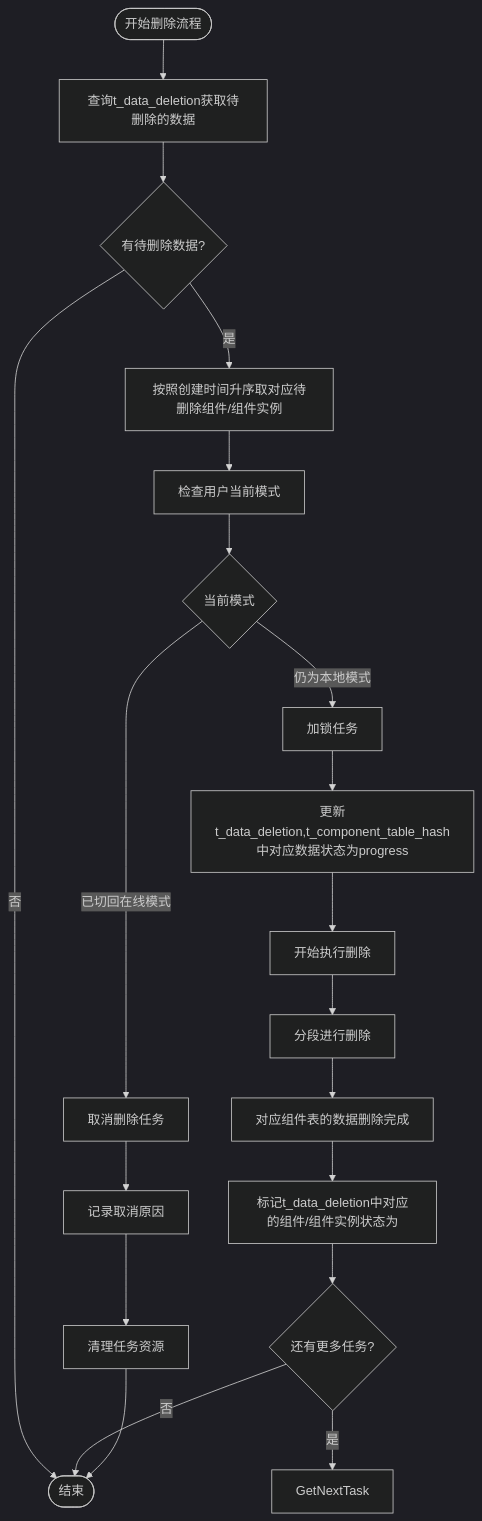
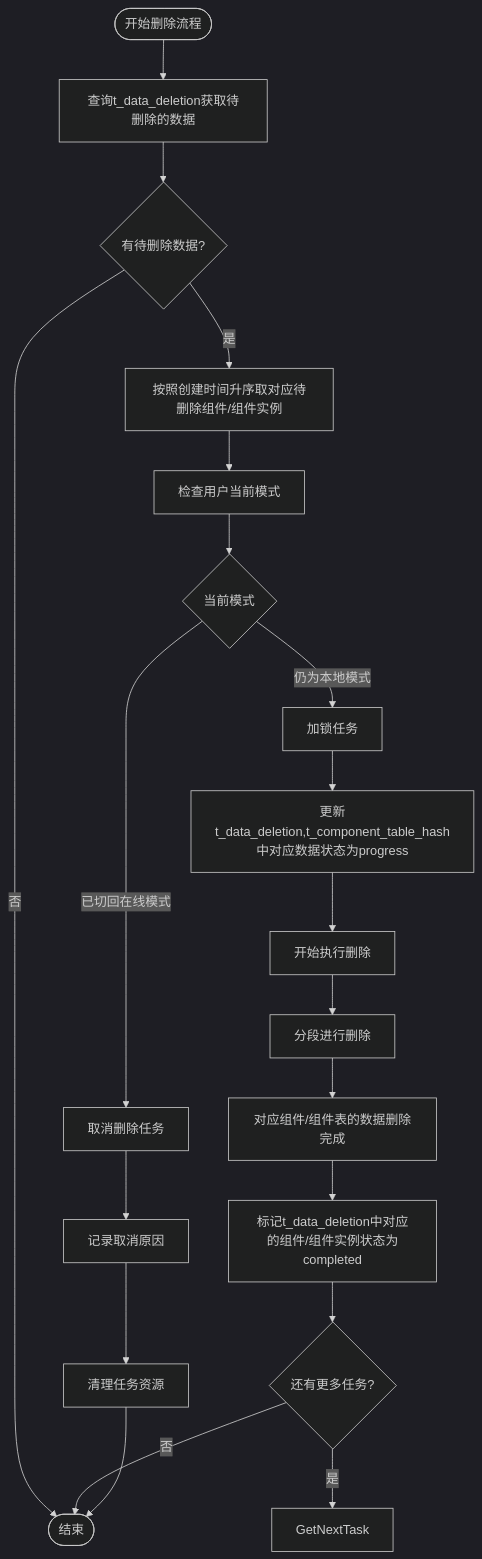
One commit to yingjianzh/iodraw-files changed the diagram in all/未命名-51.md. Above: the diagram before and after it, drawn with Mermaid (dark theme).

Commit message:
2025-05-08 15:34:59 update

````diff
--- a/all/未命名-51.md
+++ b/all/未命名-51.md
@@ -1,31 +1,31 @@
 ```mermaid
 flowchart TD
     Start([开始删除流程]) --> FetchTasks[查询t_data_deletion获取待删除的数据]
     FetchTasks --> HasTasks{有待删除数据?}
     
     HasTasks -->|否| End([结束])
     HasTasks -->|是| PrioritizeTasks[按照创建时间升序取对应待删除组件/组件实例]
     
     PrioritizeTasks --> CheckUserMode[检查用户当前模式]
     
     CheckUserMode --> CurrentMode{当前模式}
     CurrentMode -->|已切回在线模式| TaskCancel[取消删除任务]
     CurrentMode -->|仍为本地模式| LockTask[加锁任务]
     
     LockTask --> UpdateStatus[更新t_data_deletion,t_component_table_hash中对应数据状态为progress]
     UpdateStatus --> BeginDeletion[开始执行删除]
     
     BeginDeletion --> A[分段进行删除]
     
-    A --> B[对应组件表的数据删除完成]
-    B --> MarkCompleted[标记t_data_deletion中对应的组件/组件实例状态为]
+    A --> B[对应组件/组件表的数据删除完成]
+    B --> MarkCompleted[标记t_data_deletion中对应的组件/组件实例状态为completed]
     
     TaskCancel --> LogCancellation[记录取消原因]
     LogCancellation --> CleanupTask[清理任务资源]
     
     MarkCompleted --> CheckMoreTasks{还有更多任务?}
     CheckMoreTasks -->|是| GetNextTask
     CheckMoreTasks -->|否| End
     
     CleanupTask --> End
 ```
````
